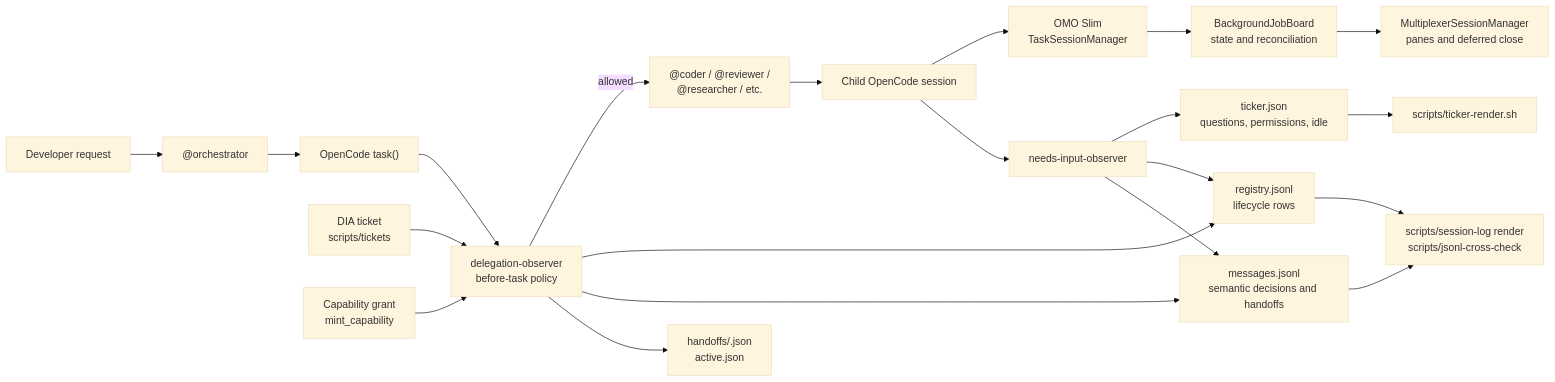
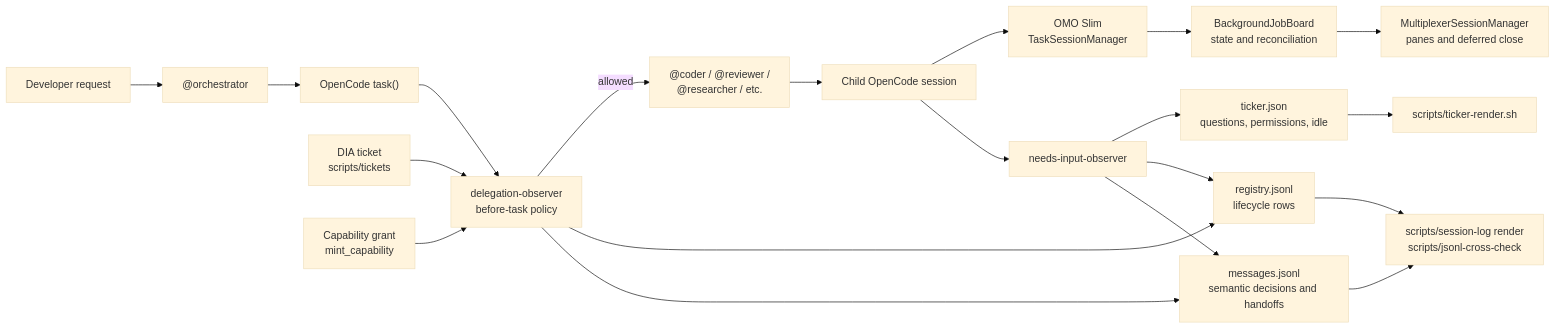
The second of 5 diagrams in docs/dev-infra-audit/opencode-infrastructure.md (Tilitronic/poetry-platform), drawn with Mermaid (base theme) before and after one commit. The commit also changed other lines of this file and 26 other files, not shown here.

````diff
--- a/docs/dev-infra-audit/opencode-infrastructure.md
+++ b/docs/dev-infra-audit/opencode-infrastructure.md
@@ -72,46 +72,44 @@
 ```mermaid
 flowchart LR
   User["Developer request"]
   Orch["@orchestrator"]
   Task["OpenCode task()"]
 
   Ticket["DIA ticket\nscripts/tickets"]
   Gate["delegation-observer\nbefore-task policy"]
   Cap["Capability grant\nmint_capability"]
   Lane["@coder / @reviewer /\n@researcher / etc."]
   Child["Child OpenCode session"]
 
   OMO["OMO Slim\nTaskSessionManager"]
   Board["BackgroundJobBoard\nstate and reconciliation"]
   Mux["MultiplexerSessionManager\npanes and deferred close"]
 
   Reg["registry.jsonl\nlifecycle rows"]
   Msg["messages.jsonl\nsemantic decisions and handoffs"]
   Tick["ticker.json\nquestions, permissions, idle"]
-  Handoff["handoffs/<session>.json\nactive.json"]
 
   User --> Orch
   Orch --> Task
   Task --> Gate
   Ticket --> Gate
   Cap --> Gate
 
   Gate -->|allowed| Lane
   Lane --> Child
   Child --> OMO
   OMO --> Board
   Board --> Mux
 
   Gate --> Reg
   Gate --> Msg
-  Gate --> Handoff
 
   Child --> NIO["needs-input-observer"]
   NIO --> Tick
   NIO --> Reg
   NIO --> Msg
 
   Reg --> Render["scripts/session-log render\nscripts/jsonl-cross-check"]
   Msg --> Render
   Tick --> TickerRender["scripts/ticker-render.sh"]
 ```
````
